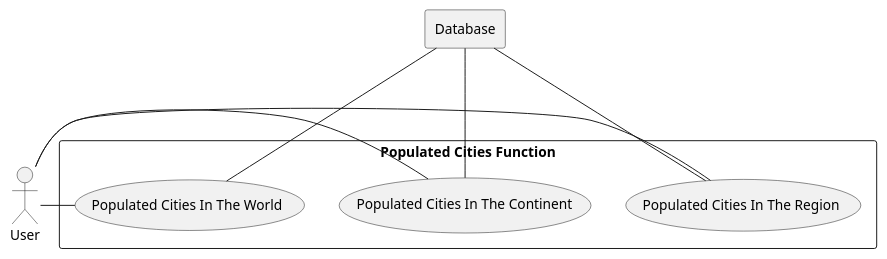
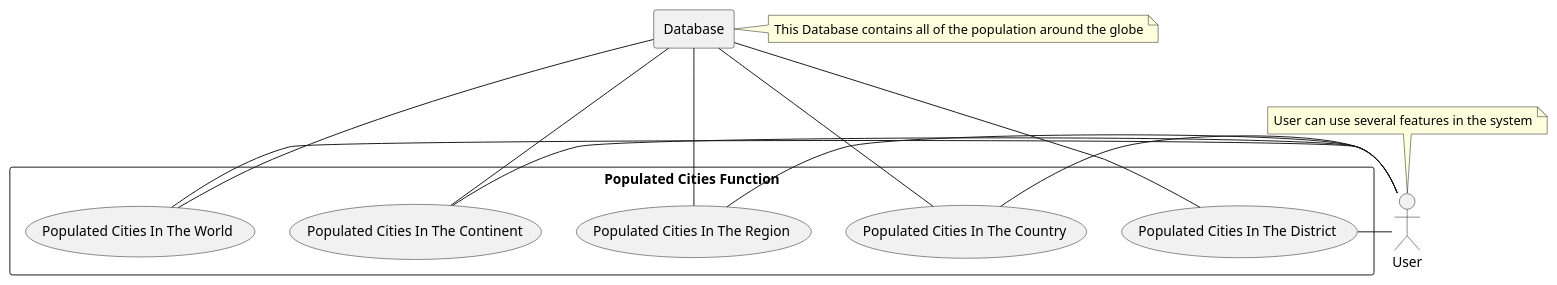
Before and after one commit to 40437404/DevOps_SET09623: the diagram in use-cases/PopulatedCitiesFunction.puml, drawn with PlantUML. The commit also changed 9 other files, not shown here.

Commit message:
UseCase Diagrams Updated

```diff
--- a/use-cases/PopulatedCitiesFunction.puml
+++ b/use-cases/PopulatedCitiesFunction.puml
@@ -1,15 +1,23 @@
 @startuml
     actor user as "User"
-    rectangle db as "Database"
+        note top of user: User can use several features in the system
+        rectangle db as "Database"
+        note right of db: This Database contains all of the population around the globe
     rectangle "Populated Cities Function"{
         usecase PCiWORLD as "Populated Cities In The World"
         usecase PCiCONTINENT as "Populated Cities In The Continent"
         usecase PCiREGION as "Populated Cities In The Region"
+        usecase PC4 as "Populated Cities In The Country"
+        usecase PC5 as "Populated Cities In The District"
         user - PCiWORLD
         user - PCiCONTINENT
         user - PCiREGION
+        user - PC4
+        user - PC5
         db --- PCiWORLD
         db --- PCiCONTINENT
         db --- PCiREGION
+        db --- PC4
+        db --- PC5
     }
 @enduml
```
